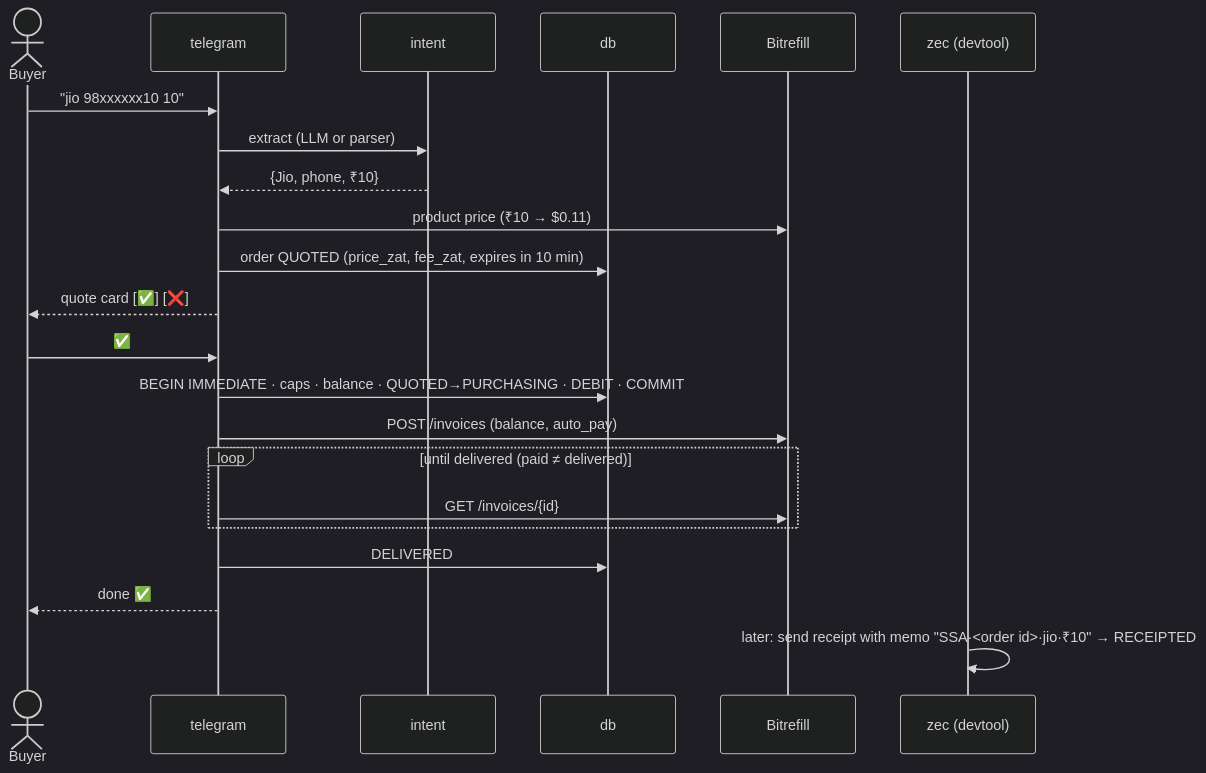
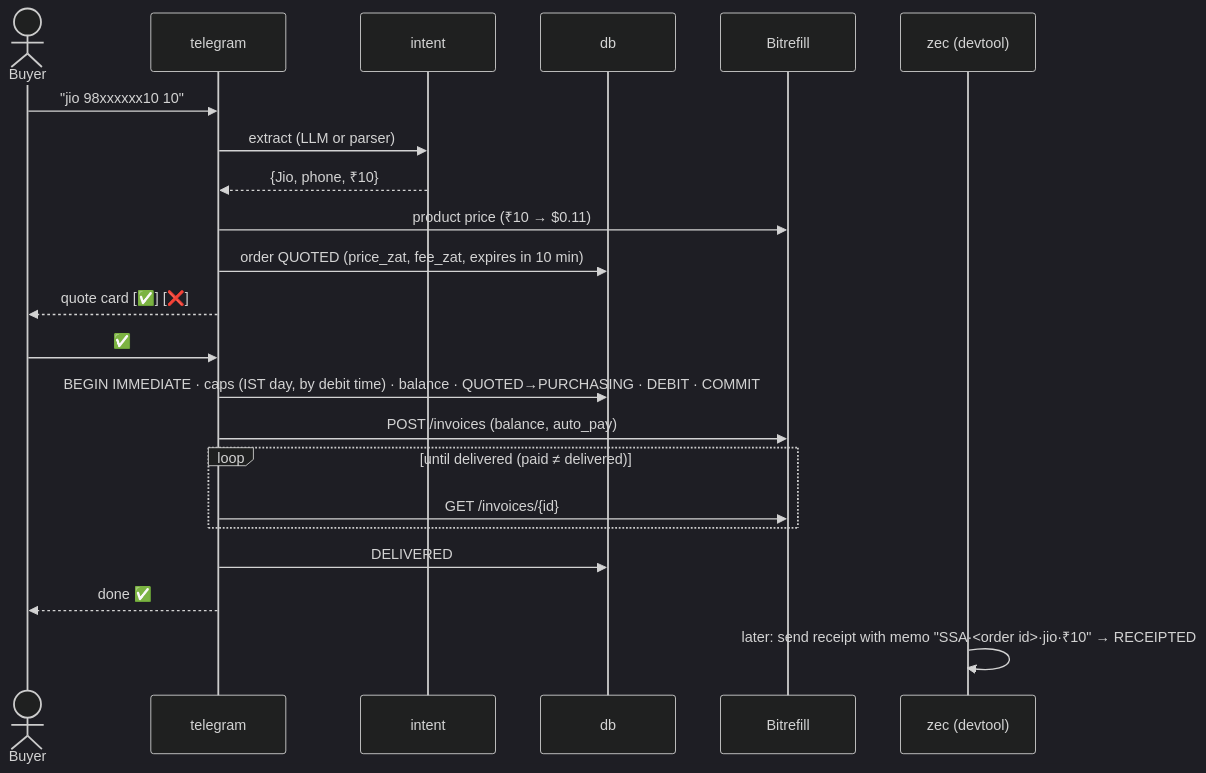
One commit to Vishal4742/shielded-shopping-agent changed the third of 5 diagrams in ARCHITECTURE.md. Above: the diagram before and after it, drawn with Mermaid (dark theme). The commit also changed other lines of this file and 6 other files, not shown here.

````diff
--- a/ARCHITECTURE.md
+++ b/ARCHITECTURE.md
@@ -66,24 +73,24 @@
 ```mermaid
 sequenceDiagram
   actor U as Buyer
   participant T as telegram
   participant I as intent
   participant D as db
   participant B as Bitrefill
   participant Z as zec (devtool)
   U->>T: "jio 98xxxxxx10 10"
   T->>I: extract (LLM or parser)
   I-->>T: {Jio, phone, ₹10}
   T->>B: product price (₹10 → $0.11)
   T->>D: order QUOTED (price_zat, fee_zat, expires in 10 min)
   T-->>U: quote card [✅] [❌]
   U->>T: ✅
-  T->>D: BEGIN IMMEDIATE · caps · balance · QUOTED→PURCHASING · DEBIT · COMMIT
+  T->>D: BEGIN IMMEDIATE · caps (IST day, by debit time) · balance · QUOTED→PURCHASING · DEBIT · COMMIT
   T->>B: POST /invoices (balance, auto_pay)
   loop until delivered (paid ≠ delivered)
     T->>B: GET /invoices/{id}
   end
   T->>D: DELIVERED
   T-->>U: done ✅
   Z->>Z: later: send receipt with memo "SSA·<order id>·jio·₹10" → RECEIPTED
 ```
````
